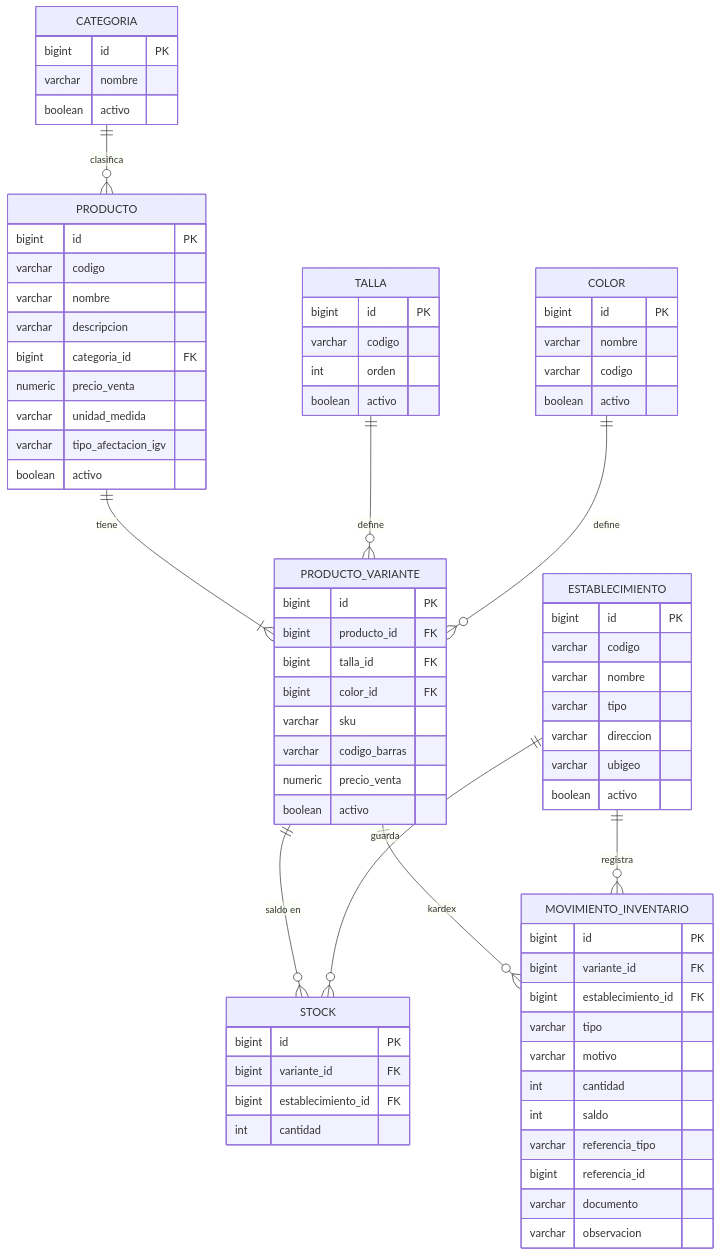
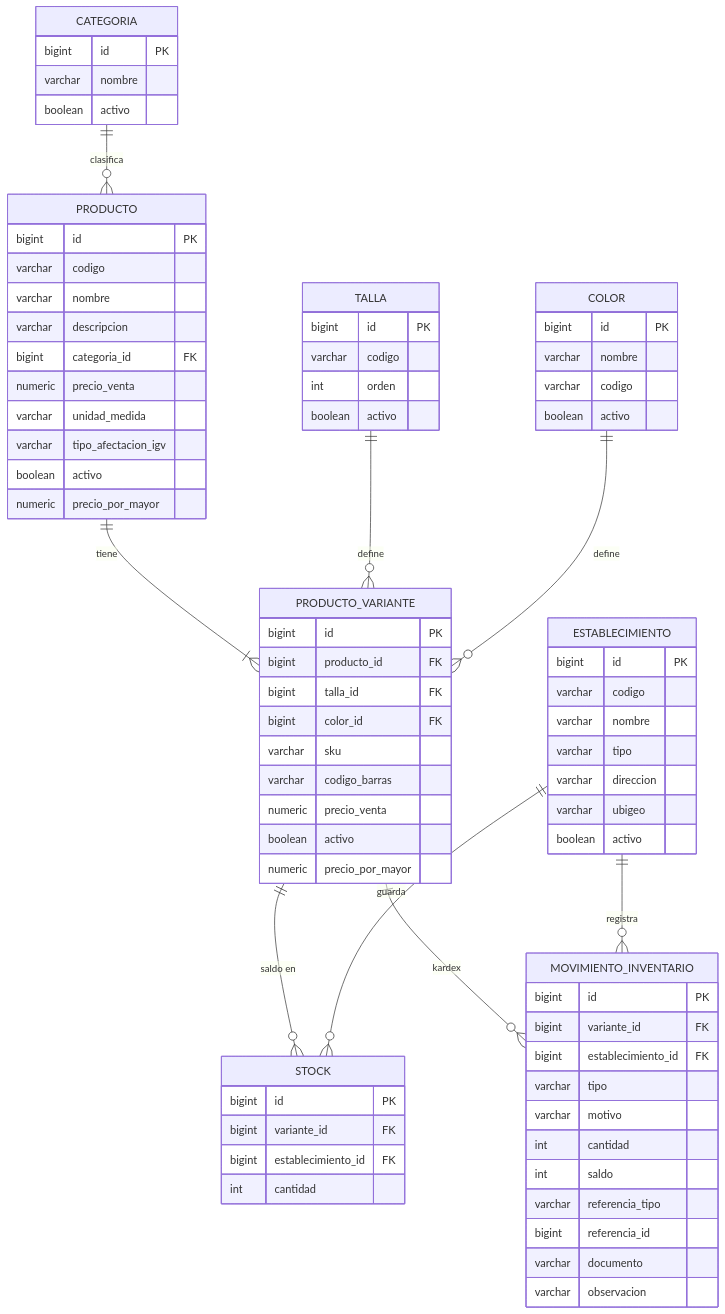
One commit to JhonAlex1997/All-Store changed the first of 4 diagrams in docs/modelo-datos.md. Above: the diagram before and after it, drawn with Mermaid. The commit also changed other lines of this file and 32 other files, not shown here.

First line of the commit message:
Agrega el precio por mayor (automatico desde 3 prendas o a pedido del cajero)

````diff
--- a/docs/modelo-datos.md
+++ b/docs/modelo-datos.md
@@ -14,77 +14,79 @@
 ```mermaid
 erDiagram
   CATEGORIA ||--o{ PRODUCTO : "clasifica"
   PRODUCTO ||--|{ PRODUCTO_VARIANTE : "tiene"
   TALLA ||--o{ PRODUCTO_VARIANTE : "define"
   COLOR ||--o{ PRODUCTO_VARIANTE : "define"
   PRODUCTO_VARIANTE ||--o{ STOCK : "saldo en"
   ESTABLECIMIENTO ||--o{ STOCK : "guarda"
   PRODUCTO_VARIANTE ||--o{ MOVIMIENTO_INVENTARIO : "kardex"
   ESTABLECIMIENTO ||--o{ MOVIMIENTO_INVENTARIO : "registra"
   CATEGORIA {
     bigint id PK
     varchar nombre
     boolean activo
   }
   TALLA {
     bigint id PK
     varchar codigo
     int orden
     boolean activo
   }
   COLOR {
     bigint id PK
     varchar nombre
     varchar codigo
     boolean activo
   }
   PRODUCTO {
     bigint id PK
     varchar codigo
     varchar nombre
     varchar descripcion
     bigint categoria_id FK
     numeric precio_venta
     varchar unidad_medida
     varchar tipo_afectacion_igv
     boolean activo
+    numeric precio_por_mayor
   }
   PRODUCTO_VARIANTE {
     bigint id PK
     bigint producto_id FK
     bigint talla_id FK
     bigint color_id FK
     varchar sku
     varchar codigo_barras
     numeric precio_venta
     boolean activo
+    numeric precio_por_mayor
   }
   ESTABLECIMIENTO {
     bigint id PK
     varchar codigo
     varchar nombre
     varchar tipo
     varchar direccion
     varchar ubigeo
     boolean activo
   }
   STOCK {
     bigint id PK
     bigint variante_id FK
     bigint establecimiento_id FK
     int cantidad
   }
   MOVIMIENTO_INVENTARIO {
     bigint id PK
     bigint variante_id FK
     bigint establecimiento_id FK
     varchar tipo
     varchar motivo
     int cantidad
     int saldo
     varchar referencia_tipo
     bigint referencia_id
     varchar documento
     varchar observacion
   }
 ```
````
